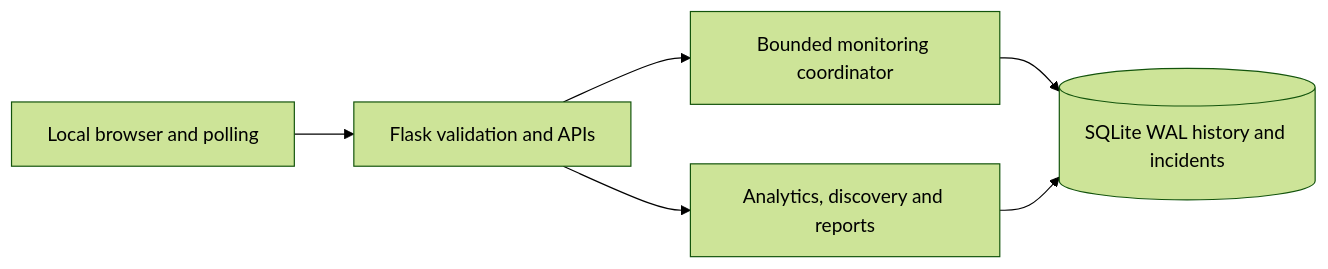
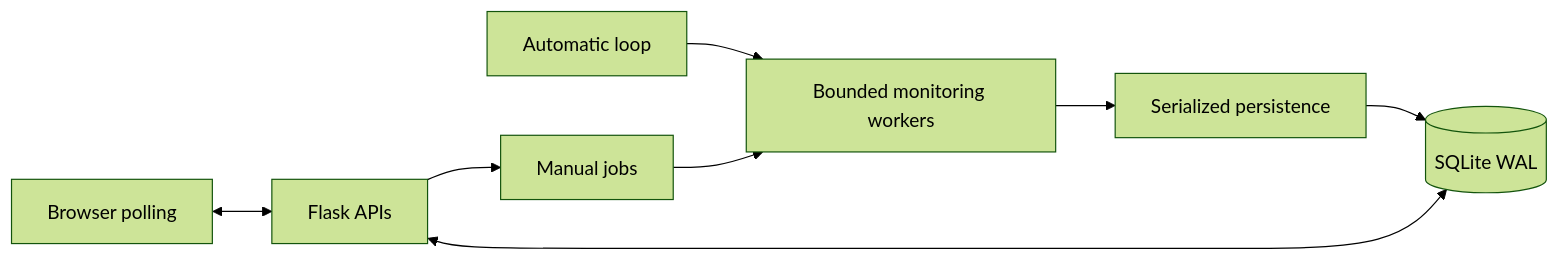
Before and after one commit to sanadnawayseh/NetScope: the diagram in README.md, drawn with Mermaid (forest theme). The commit also changed other lines of this file and 2 other files, not shown here.

````diff
--- a/README.md
+++ b/README.md
@@ -50,8 +71,10 @@
 ```mermaid
 flowchart LR
-    Browser["Local browser and polling"] --> Flask["Flask validation and APIs"]
-    Flask --> Coordinator["Bounded monitoring coordinator"]
-    Coordinator --> SQLite[("SQLite WAL history and incidents")]
-    Flask --> Services["Analytics, discovery and reports"]
-    Services --> SQLite
+    UI["Browser polling"] <--> API["Flask APIs"]
+    API --> Jobs["Manual jobs"]
+    Auto["Automatic loop"] --> Pool["Bounded monitoring workers"]
+    Jobs --> Pool
+    Pool --> Writer["Serialized persistence"]
+    Writer --> DB[("SQLite WAL")]
+    API <--> DB
 ```
````
